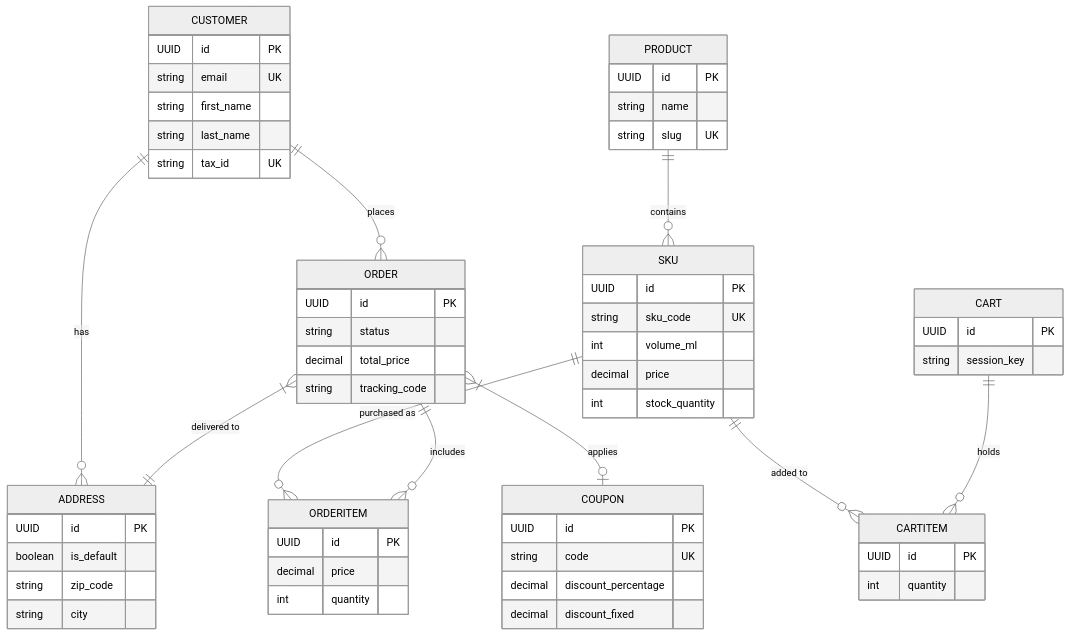
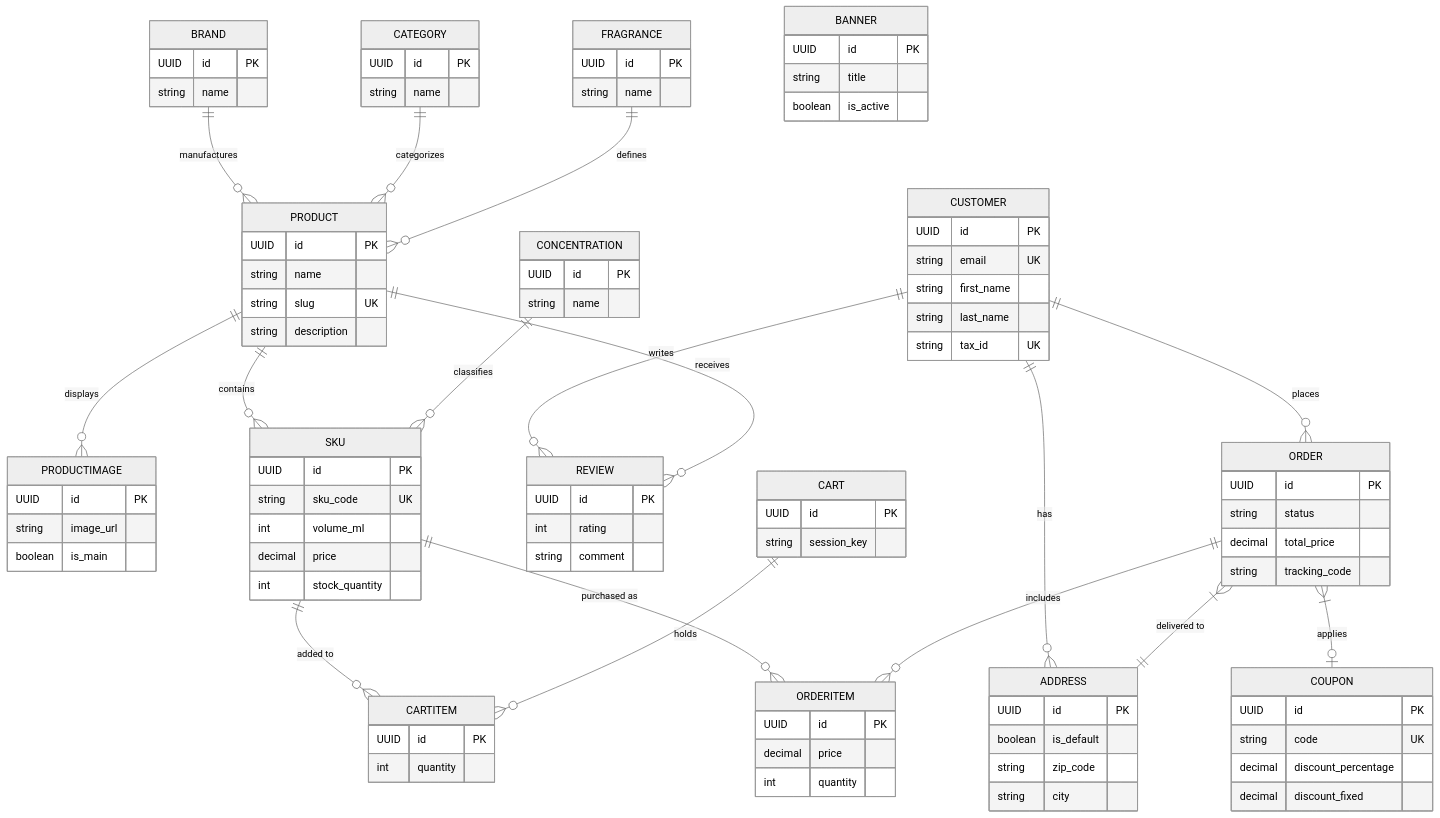
One commit to BrendonCordova/pettit-gateau changed the diagram in README.md. Above: the diagram before and after it, drawn with Mermaid (neutral theme).

Commit message:
Update README.md
update Mermaid ERD

```diff
--- a/README.md
+++ b/README.md
@@ -60,10 +60,32 @@
         string zip_code
         string city
     }
+    BRAND {
+        UUID id PK
+        string name
+    }
+    CATEGORY {
+        UUID id PK
+        string name
+    }
+    FRAGRANCE {
+        UUID id PK
+        string name
+    }
+    CONCENTRATION {
+        UUID id PK
+        string name
+    }
     PRODUCT {
         UUID id PK
         string name
         string slug UK
+        string description
+    }
+    PRODUCTIMAGE {
+        UUID id PK
+        string image_url
+        boolean is_main
     }
     SKU {
         UUID id PK
@@ -71,6 +93,11 @@
         int volume_ml
         decimal price
         int stock_quantity
+    }
+    REVIEW {
+        UUID id PK
+        int rating
+        string comment
     }
     COUPON {
         UUID id PK
@@ -97,13 +124,32 @@
         UUID id PK
         int quantity
     }
+    BANNER {
+        UUID id PK
+        string title
+        boolean is_active
+    }
 
-    %% Relationships
+    %% Relationships - Logistics & Users
     CUSTOMER ||--o{ ADDRESS : "has"
     CUSTOMER ||--o{ ORDER : "places"
+    CUSTOMER ||--o{ REVIEW : "writes"
+    
+    %% Relationships - Catalog & Metadata
+    BRAND ||--o{ PRODUCT : "manufactures"
+    CATEGORY ||--o{ PRODUCT : "categorizes"
+    FRAGRANCE ||--o{ PRODUCT : "defines"
+    
     PRODUCT ||--o{ SKU : "contains"
+    PRODUCT ||--o{ PRODUCTIMAGE : "displays"
+    PRODUCT ||--o{ REVIEW : "receives"
+    
+    CONCENTRATION ||--o{ SKU : "classifies"
+    
+    %% Relationships - Cart & Sales
     SKU ||--o{ CARTITEM : "added to"
     SKU ||--o{ ORDERITEM : "purchased as"
+    
     CART ||--o{ CARTITEM : "holds"
     ORDER ||--o{ ORDERITEM : "includes"
     ORDER }|--|| ADDRESS : "delivered to"
```
